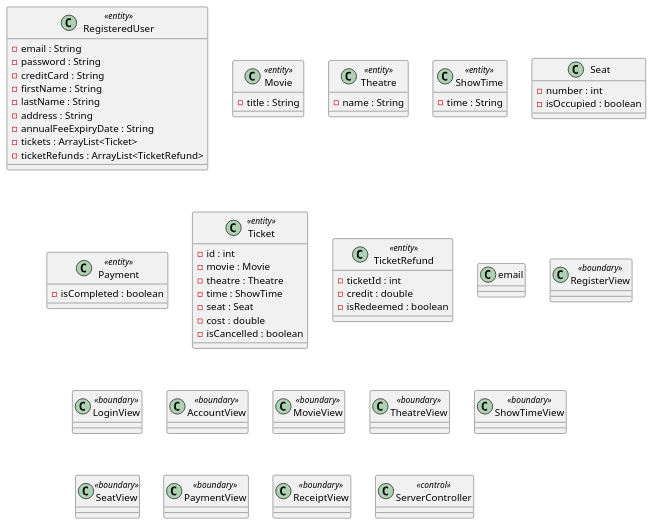
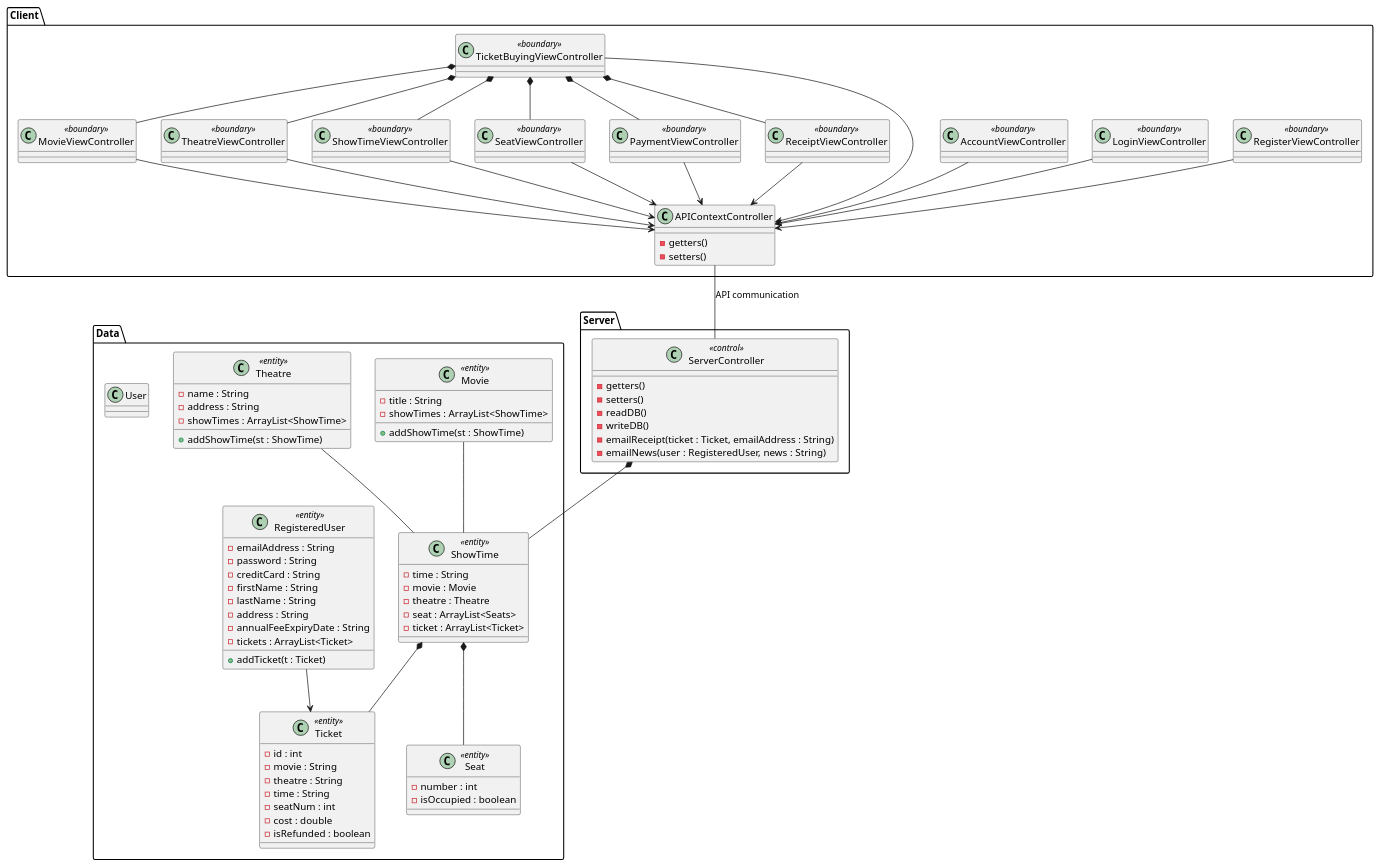
One commit to folkg/movie-ticket-reservation-app changed the diagram in Dessign Documents/Diagrams/class_diagram.plantuml. Above: the diagram before and after it, drawn with PlantUML.

Commit message:
updated UML

```diff
--- a/Dessign Documents/Diagrams/class_diagram.plantuml
+++ b/Dessign Documents/Diagrams/class_diagram.plantuml
@@ -1,65 +1,136 @@
 @startuml relationships
 
-class RegisteredUser <<entity>> {
-    - email : String
-    - password : String
-    - creditCard : String
-    - firstName : String
-    - lastName : String
-    - address : String
-    - annualFeeExpiryDate : String
-    - tickets : ArrayList<Ticket>
-    - ticketRefunds : ArrayList<TicketRefund>
+package Data {
+    class Movie <<entity>> {
+        - title : String
+        - showTimes : ArrayList<ShowTime>
+        + addShowTime(st : ShowTime)
+    }
+
+    class Theatre <<entity>> {
+        - name : String
+        - address : String
+        - showTimes : ArrayList<ShowTime>
+        + addShowTime(st : ShowTime)
+    }
+
+    class ShowTime <<entity>> {
+        - time : String
+        - movie : Movie
+        - theatre : Theatre
+        - seat : ArrayList<Seats>
+        - ticket : ArrayList<Ticket>
+    }
+
+    class Seat <<entity>> {
+        - number : int
+        - isOccupied : boolean
+    }
+
+    class Ticket <<entity>> {
+        - id : int
+        - movie : String
+        - theatre : String
+        - time : String
+        - seatNum : int
+        - cost : double
+        - isRefunded : boolean
+    }
+
+    class User {
+
+    }
+
+    class RegisteredUser <<entity>> {
+        - emailAddress : String
+        - password : String
+        - creditCard : String
+        - firstName : String
+        - lastName : String
+        - address : String
+        - annualFeeExpiryDate : String
+        - tickets : ArrayList<Ticket>
+        + addTicket(t : Ticket)
+    }
 }
 
-class Movie <<entity>> {
-    - title : String
+package Client {
+    class RegisterViewController <<boundary>> {
+
+    }
+    class LoginViewController <<boundary>> {
+
+    }
+    class AccountViewController <<boundary>> {
+
+    }
+    class TicketBuyingViewController <<boundary>> {
+
+    }
+    class MovieViewController <<boundary>> {
+
+    }
+    class TheatreViewController <<boundary>> {
+
+    }
+    class ShowTimeViewController <<boundary>> {
+
+    }
+    class SeatViewController <<boundary>> {
+
+    }
+    class PaymentViewController <<boundary>> {
+
+    }
+    class ReceiptViewController <<boundary>> {
+
+    }
+
+    class APIContextController {
+        ' add getters and setters
+        - getters()
+        - setters()
+    }
 }
 
-class Theatre <<entity>> {
-    - name : String
+package Server {
+    class ServerController <<control>> {
+        ' add getters and setters
+        - getters()
+        - setters()
+        ' add to do database
+        - readDB()
+        - writeDB()
+        - emailReceipt(ticket : Ticket, emailAddress : String)
+        - emailNews(user : RegisteredUser, news : String)
+    }
 }
 
-class ShowTime <<entity>> {
-    - time : String
-}
-class Seat {
-    - number : int
-    - isOccupied : boolean
-}
+TicketBuyingViewController *-- MovieViewController
+TicketBuyingViewController *-- TheatreViewController
+TicketBuyingViewController *-- ShowTimeViewController
+TicketBuyingViewController *-- SeatViewController
+TicketBuyingViewController *-- PaymentViewController
+TicketBuyingViewController *-- ReceiptViewController
 
-class Payment <<entity>> {
-    - isCompleted : boolean
-}
+RegisterViewController --> APIContextController
+LoginViewController --> APIContextController
+AccountViewController --> APIContextController
+TicketBuyingViewController --> APIContextController
+MovieViewController --> APIContextController
+TheatreViewController --> APIContextController
+ShowTimeViewController --> APIContextController
+SeatViewController --> APIContextController
+PaymentViewController --> APIContextController
+ReceiptViewController --> APIContextController
 
-class Ticket <<entity>> {
-    - id : int
-    - movie : Movie
-    - theatre : Theatre
-    - time : ShowTime
-    - seat : Seat
-    - cost : double
-    - isCancelled : boolean
-}
+Movie -- ShowTime
+Theatre -- ShowTime
+ServerController *-- ShowTime
+ShowTime *-- Seat
+ShowTime *-- Ticket
+RegisteredUser --> Ticket
 
-class TicketRefund <<entity>> {
-    - ticketId : int
-    - credit : double
-    - isRedeemed : boolean
-}
-
-class email {}
-
-class RegisterView <<boundary>>
-class LoginView <<boundary>>
-class AccountView <<boundary>>
-class MovieView <<boundary>>
-class TheatreView <<boundary>>
-class ShowTimeView <<boundary>>
-class SeatView <<boundary>>
-class PaymentView <<boundary>>
-class ReceiptView <<boundary>>
-
-class ServerController <<control>>
+APIContextController -- ServerController : API communication
 
 @enduml
```
